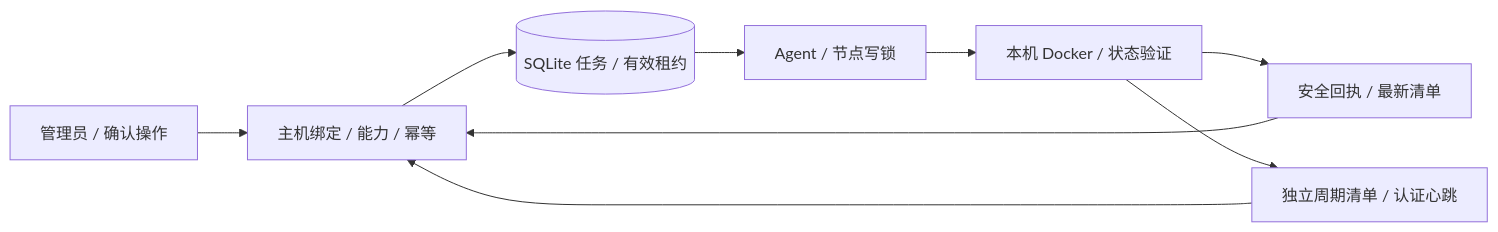
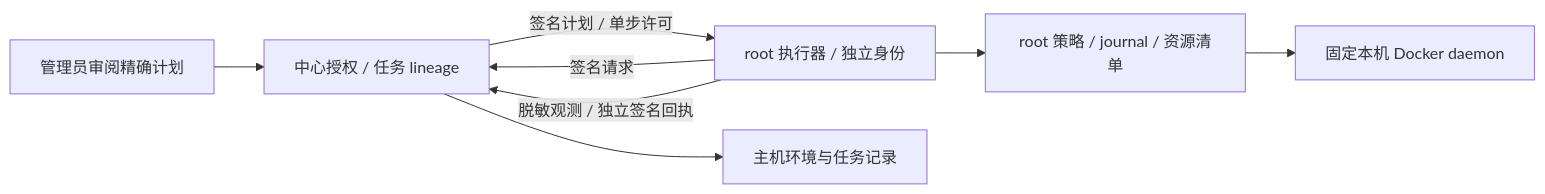
One commit to workhold/lightmoni changed diagram 29 of 35 in docs/system-design.md. Above: the diagram before and after it, drawn with Mermaid. The commit also changed other lines of this file and 98 other files, not shown here.

````diff
--- a/docs/system-design.md
+++ b/docs/system-design.md
@@ -1635,11 +1629,10 @@
 ```mermaid
 flowchart LR
-  User[管理员 / 确认操作] --> Center[主机绑定 / 能力 / 幂等]
-  Center --> Jobs[(SQLite 任务 / 有效租约)]
-  Jobs --> Agent[Agent / 节点写锁]
-  Agent --> Docker[本机 Docker / 状态验证]
-  Docker --> Receipt[安全回执 / 最新清单]
-  Receipt --> Center
-  Docker --> Periodic[独立周期清单 / 认证心跳]
-  Periodic --> Center
+  User[管理员审阅精确计划] --> Center[中心授权 / 任务 lineage]
+  Executor[root 执行器 / 独立身份] -->|签名请求| Center
+  Center -->|签名计划 / 单步许可| Executor
+  Executor --> Policy[root 策略 / journal / 资源清单]
+  Policy --> Docker[固定本机 Docker daemon]
+  Executor -->|脱敏观测 / 独立签名回执| Center
+  Center --> View[主机环境与任务记录]
 ```
````
